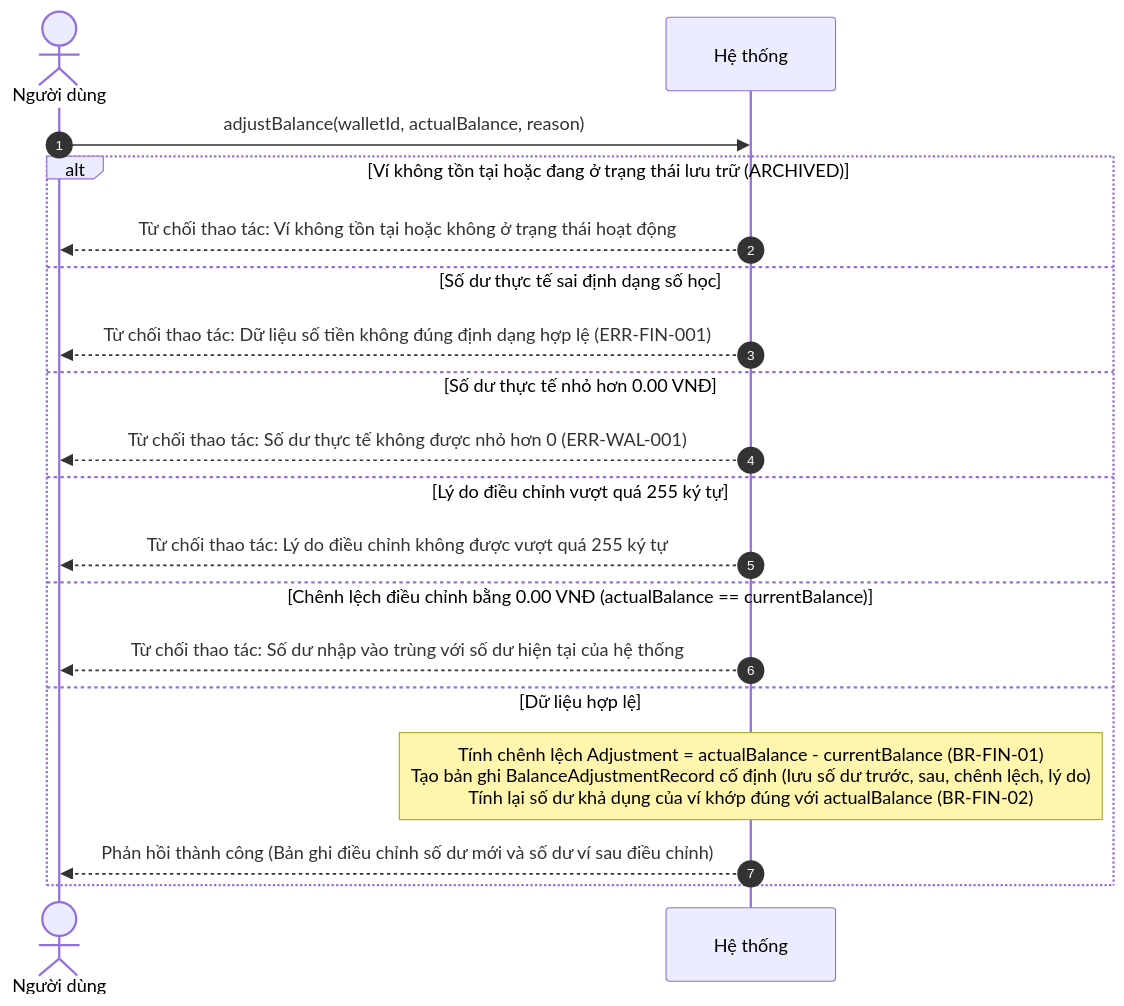
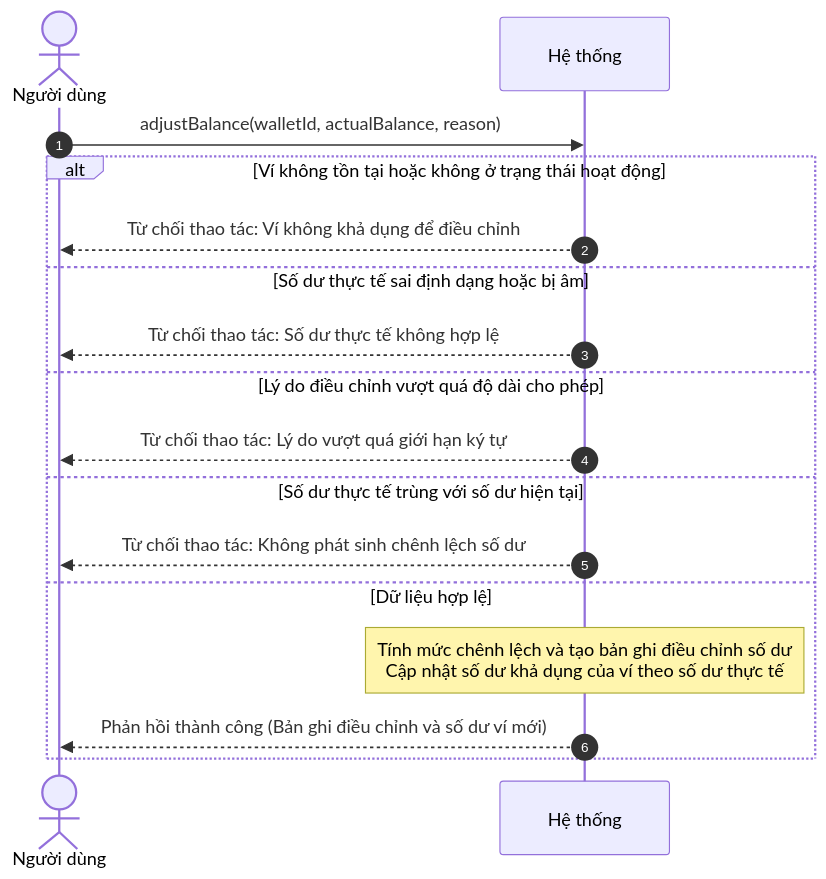
One commit to mynhleeh/pfms-oop changed the fourth of 20 diagrams in docs/object-oriented-analysis/03-so-do-tuan-tu-he-thong-ssd.md. Above: the diagram before and after it, drawn with Mermaid. The commit also changed other lines of this file and 3 other files, not shown here.

Commit message:
docs(ood): 03 04 05 06 - fix the rule and errror notation - fix the diagrams

````diff
--- a/docs/object-oriented-analysis/03-so-do-tuan-tu-he-thong-ssd.md
+++ b/docs/object-oriented-analysis/03-so-do-tuan-tu-he-thong-ssd.md
@@ -157,22 +157,20 @@
 ```mermaid
 sequenceDiagram
     autonumber
     actor User as Người dùng
     participant System as Hệ thống
 
     User->>System: adjustBalance(walletId, actualBalance, reason)
-    alt Ví không tồn tại hoặc đang ở trạng thái lưu trữ (ARCHIVED)
-        System-->>User: Từ chối thao tác: Ví không tồn tại hoặc không ở trạng thái hoạt động
-    else Số dư thực tế sai định dạng số học
-        System-->>User: Từ chối thao tác: Dữ liệu số tiền không đúng định dạng hợp lệ (ERR-FIN-001)
-    else Số dư thực tế nhỏ hơn 0.00 VNĐ
-        System-->>User: Từ chối thao tác: Số dư thực tế không được nhỏ hơn 0 (ERR-WAL-001)
-    else Lý do điều chỉnh vượt quá 255 ký tự
-        System-->>User: Từ chối thao tác: Lý do điều chỉnh không được vượt quá 255 ký tự
-    else Chênh lệch điều chỉnh bằng 0.00 VNĐ (actualBalance == currentBalance)
-        System-->>User: Từ chối thao tác: Số dư nhập vào trùng với số dư hiện tại của hệ thống
+    alt Ví không tồn tại hoặc không ở trạng thái hoạt động
+        System-->>User: Từ chối thao tác: Ví không khả dụng để điều chỉnh
+    else Số dư thực tế sai định dạng hoặc bị âm
+        System-->>User: Từ chối thao tác: Số dư thực tế không hợp lệ
+    else Lý do điều chỉnh vượt quá độ dài cho phép
+        System-->>User: Từ chối thao tác: Lý do vượt quá giới hạn ký tự
+    else Số dư thực tế trùng với số dư hiện tại
+        System-->>User: Từ chối thao tác: Không phát sinh chênh lệch số dư
     else Dữ liệu hợp lệ
-        Note over System: Tính chênh lệch Adjustment = actualBalance - currentBalance (BR-FIN-01)<br/>Tạo bản ghi BalanceAdjustmentRecord cố định (lưu số dư trước, sau, chênh lệch, lý do)<br/>Tính lại số dư khả dụng của ví khớp đúng với actualBalance (BR-FIN-02)
-        System-->>User: Phản hồi thành công (Bản ghi điều chỉnh số dư mới và số dư ví sau điều chỉnh)
+        Note over System: Tính mức chênh lệch và tạo bản ghi điều chỉnh số dư<br/>Cập nhật số dư khả dụng của ví theo số dư thực tế
+        System-->>User: Phản hồi thành công (Bản ghi điều chỉnh và số dư ví mới)
     end
 ```
````
